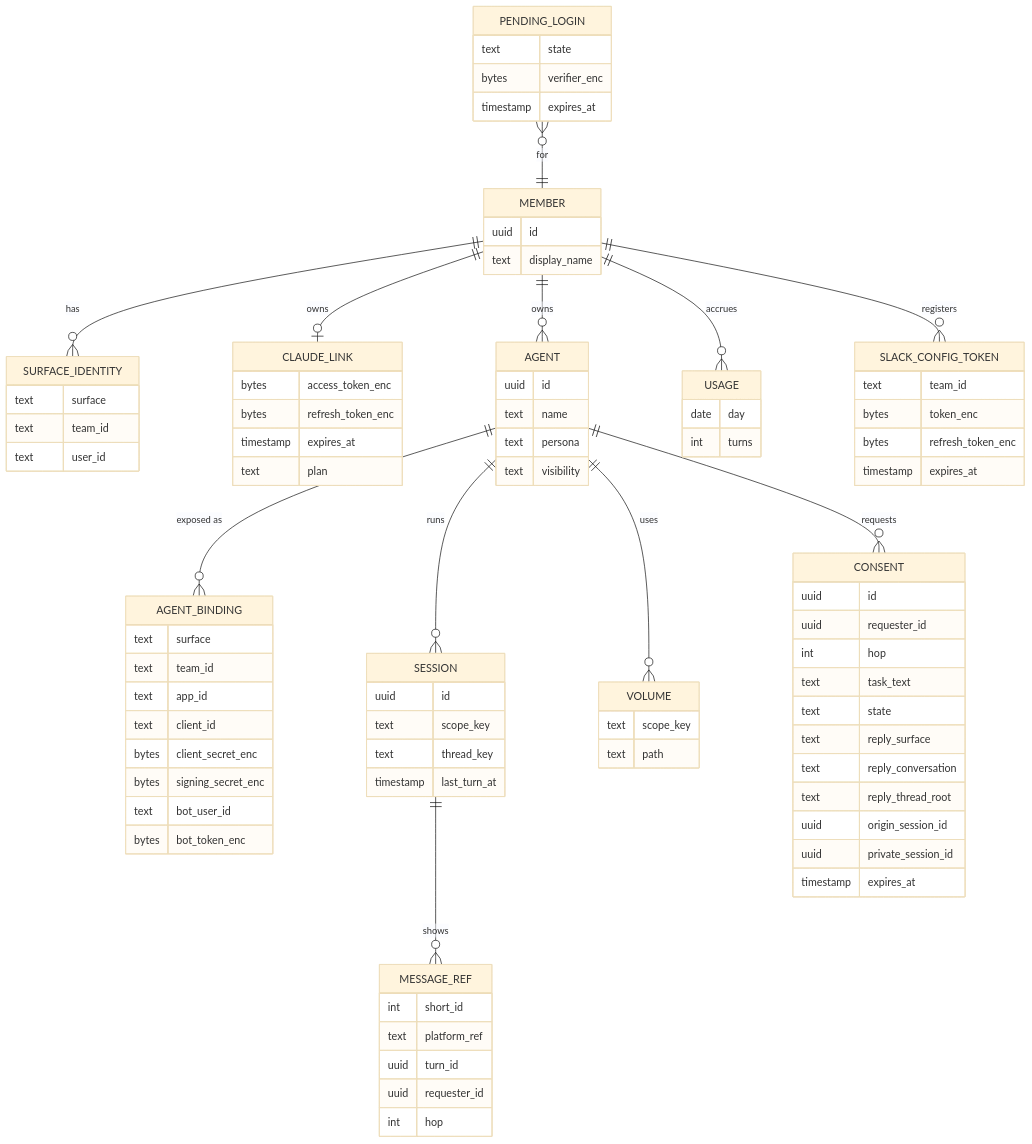
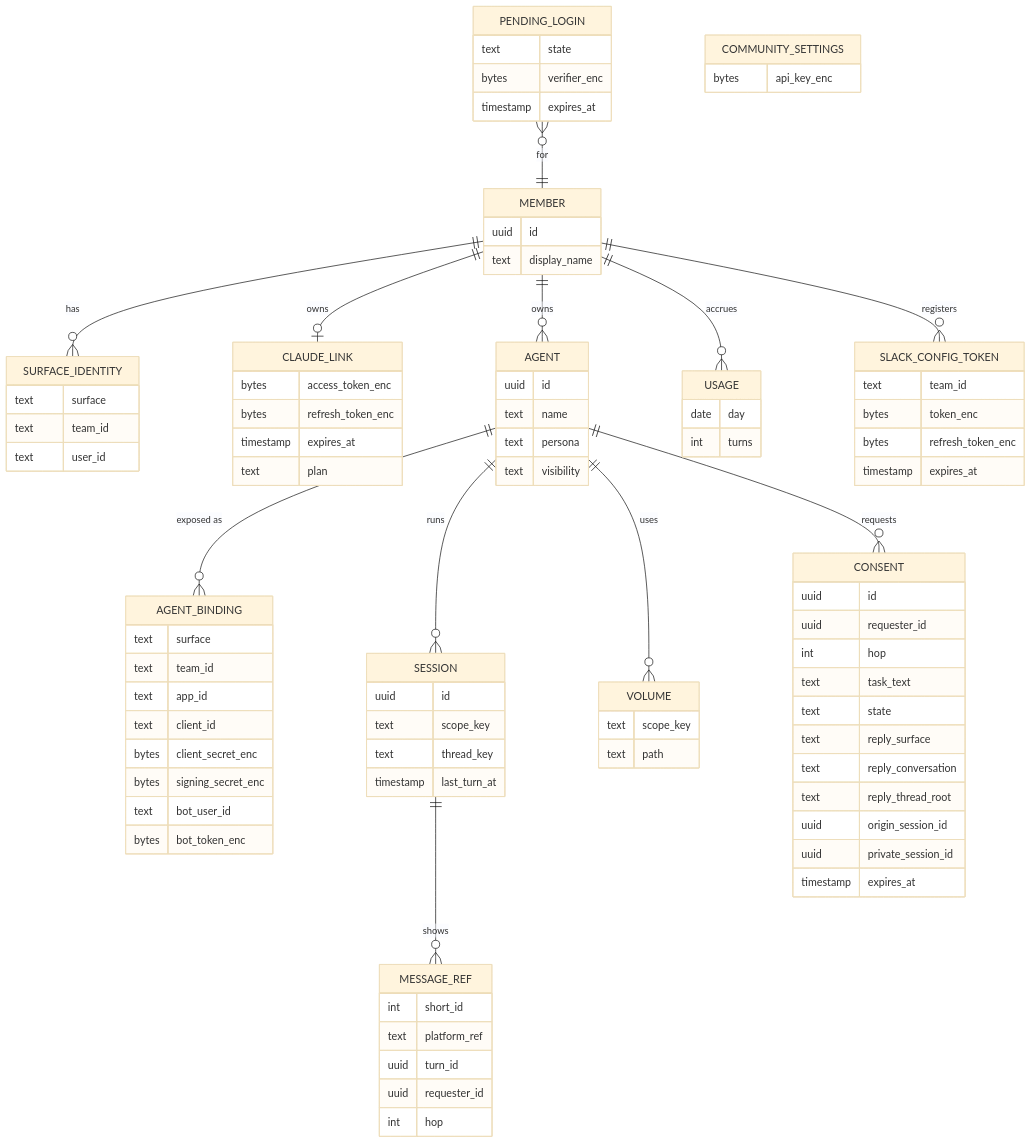
The seventh of 7 diagrams in docs/design.md (agentsky/agent-core), drawn with Mermaid (base theme) before and after one commit. The commit also changed 22 other files, not shown here.

````diff
--- a/docs/design.md
+++ b/docs/design.md
@@ -709,4 +709,7 @@
         bytes verifier_enc
         timestamp expires_at
     }
+    COMMUNITY_SETTINGS {
+        bytes api_key_enc
+    }
 ```
````
